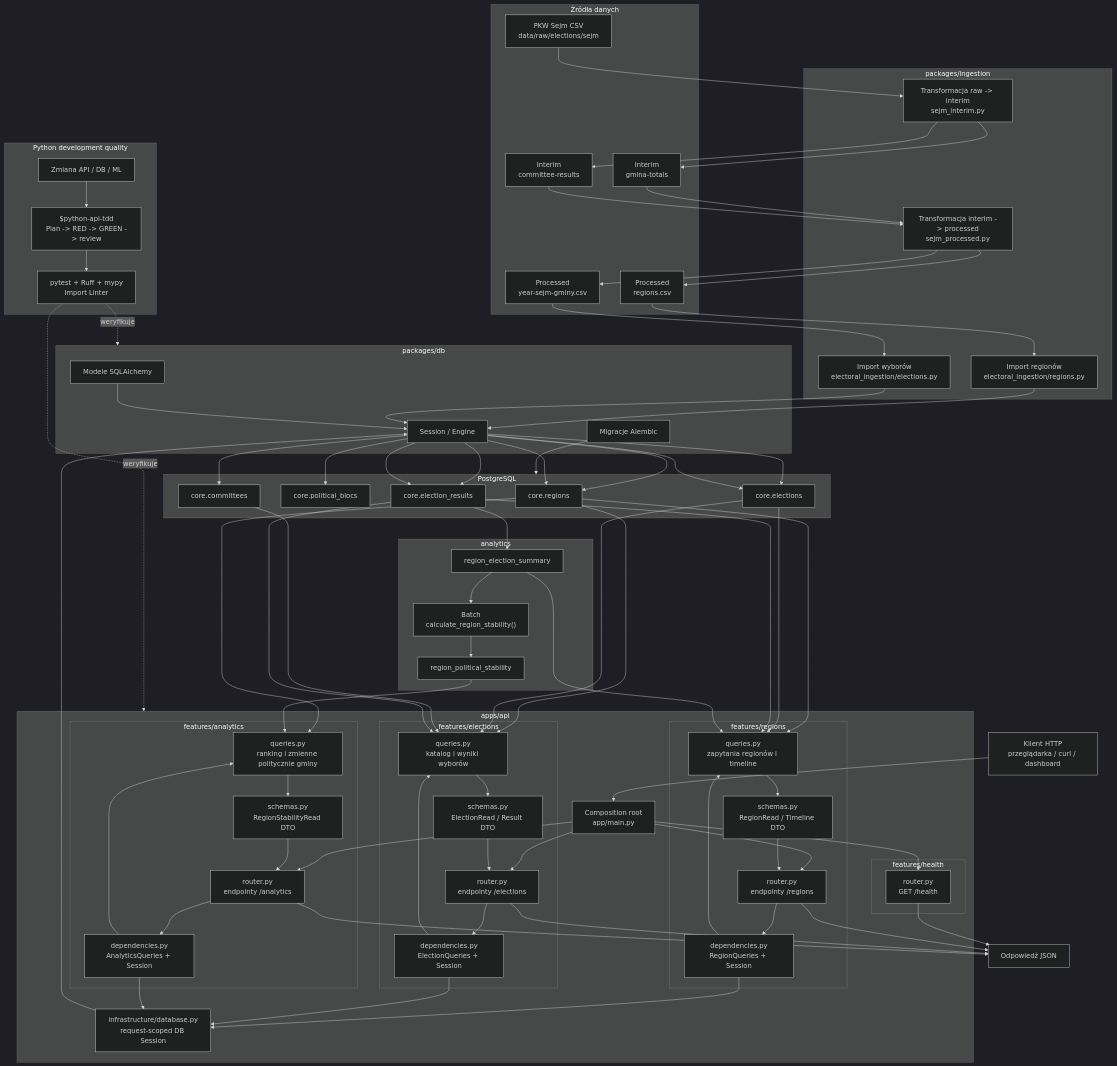
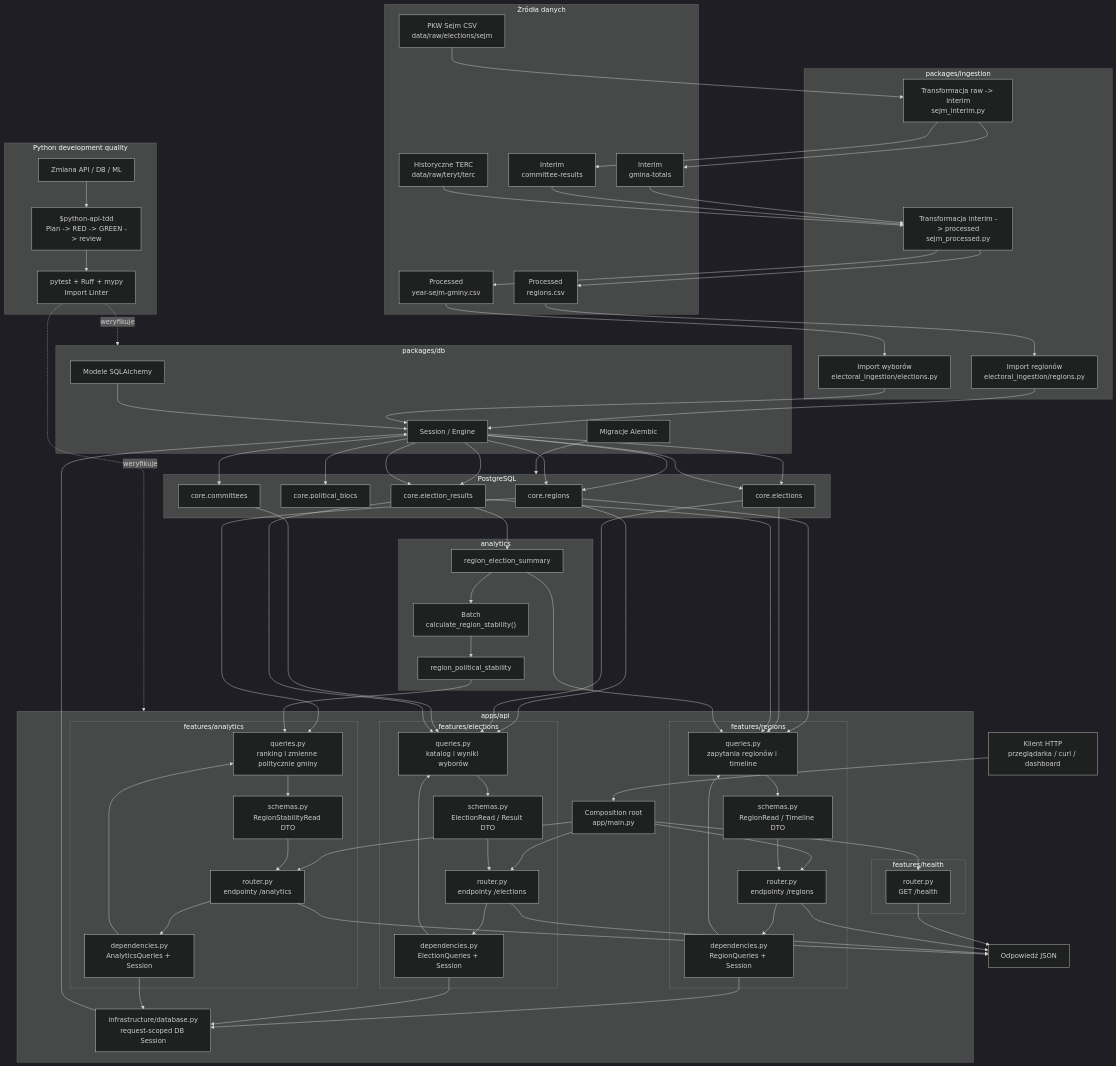
One commit to DawidKK/electoral-drift changed the first of 10 diagrams in docs/flow.md. Above: the diagram before and after it, drawn with Mermaid (dark theme). The commit also changed other lines of this file and 11 other files, not shown here.

Commit message:
teryt terc mapping

```diff
--- a/docs/flow.md
+++ b/docs/flow.md
@@ -30,6 +30,7 @@
 flowchart TD
     subgraph sources["Źródła danych"]
         raw_elections["PKW Sejm CSV<br/>data/raw/elections/sejm"]
+        raw_terc["Historyczne TERC<br/>data/raw/teryt/terc"]
         interim_totals["Interim<br/>gmina-totals"]
         interim_results["Interim<br/>committee-results"]
         processed_regions["Processed<br/>regions.csv"]
@@ -113,6 +114,7 @@
     sejm_transform --> interim_results
     interim_totals --> processed_transform
     interim_results --> processed_transform
+    raw_terc --> processed_transform
     processed_transform --> processed_regions
     processed_transform --> processed_results
     processed_regions --> regions_import
```
